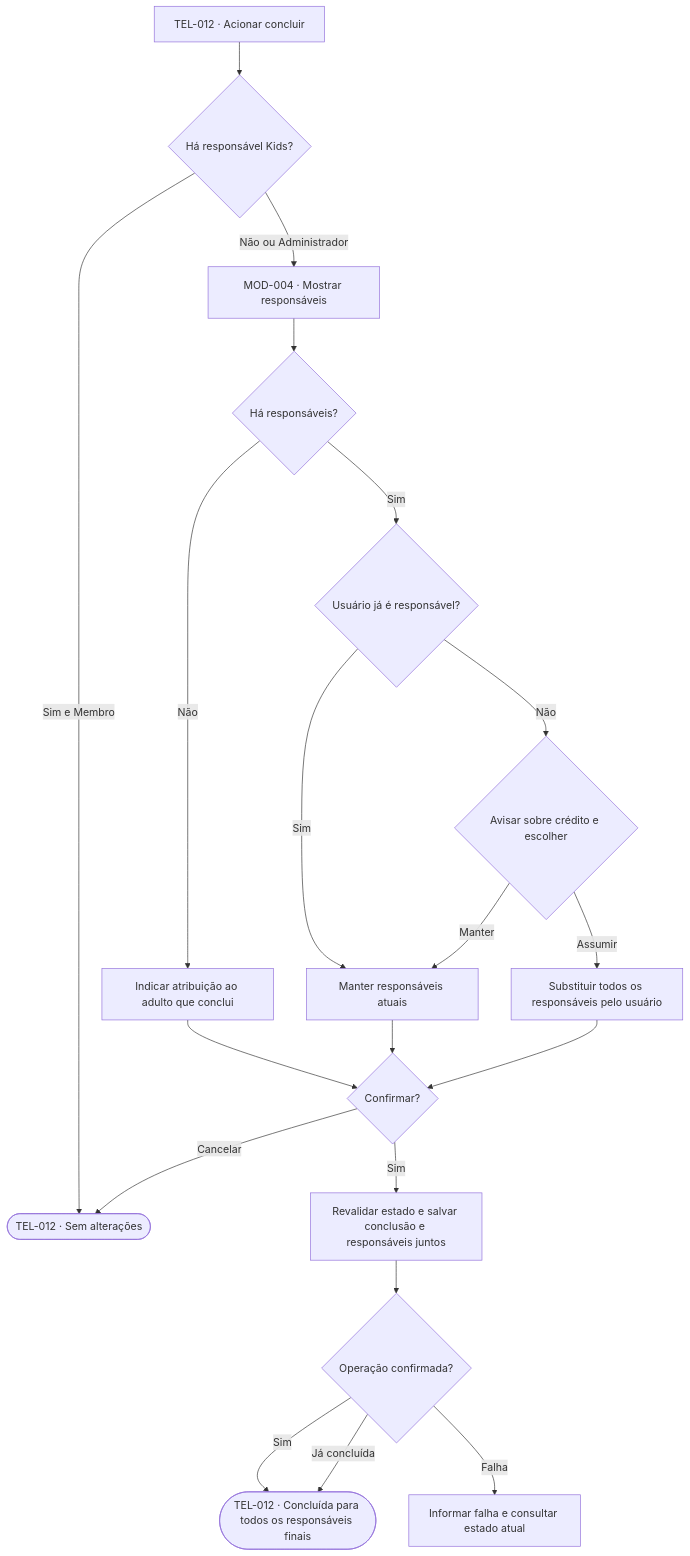
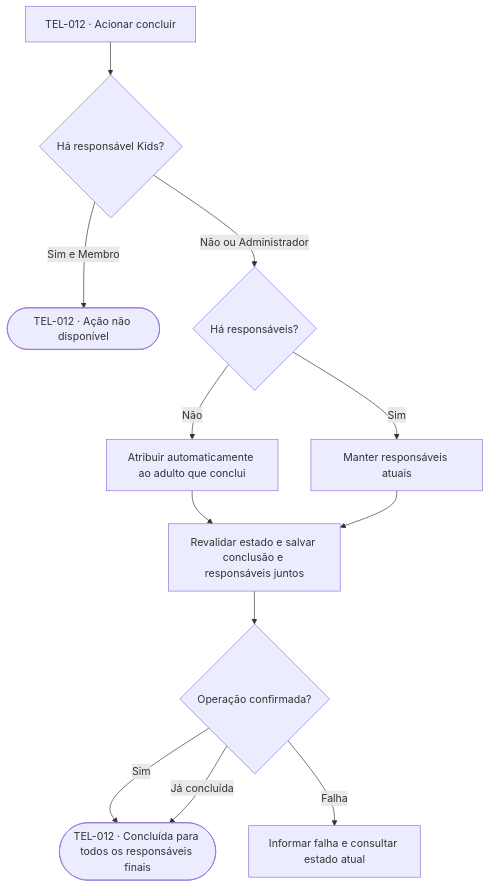
One commit to lizandramalta/App-Rotina-Familiar changed the sixth of 16 diagrams in docs/design/user-flows.md. Above: the diagram before and after it, drawn with Mermaid. The commit also changed other lines of this file and 15 other files, not shown here.

````diff
--- a/docs/design/user-flows.md
+++ b/docs/design/user-flows.md
@@ -236,22 +236,14 @@
 ```mermaid
 flowchart TD
     A["TEL-012 · Acionar concluir"] --> AK{"Há responsável Kids?"}
     AK -->|Sim e Membro| J(["TEL-012 · Ação não disponível"])
-    AK -->|Não ou Administrador| B["MOD-004 · Mostrar responsáveis"]
-    B --> C{"Há responsáveis?"}
-    C -->|Não| D["Indicar atribuição ao adulto que conclui"]
-    C -->|Sim| E{"Usuário já é responsável?"}
-    E -->|Sim| F["Manter responsáveis atuais"]
-    E -->|Não| G{"Avisar sobre crédito e escolher"}
-    G -->|Manter| F
-    G -->|Assumir| H["Substituir todos os responsáveis pelo usuário"]
-    D --> I{"Confirmar?"}
-    F --> I
-    H --> I
-    I -->|Cancelar| J(["TEL-012 · Sem alterações"])
-    I -->|Sim| K["Revalidar estado e salvar conclusão e responsáveis juntos"]
+    AK -->|Não ou Administrador| B{"Há responsáveis?"}
+    B -->|Não| C["Atribuir automaticamente ao adulto que conclui"]
+    B -->|Sim| D["Manter responsáveis atuais"]
+    C --> K["Revalidar estado e salvar conclusão e responsáveis juntos"]
+    D --> K
     K --> L{"Operação confirmada?"}
     L -->|Sim| M(["TEL-012 · Concluída para todos os responsáveis finais"])
     L -->|Já concluída| M
     L -->|Falha| N["Informar falha e consultar estado atual"]
 ```
````
